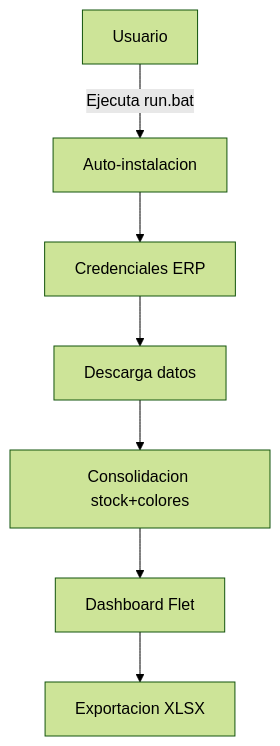
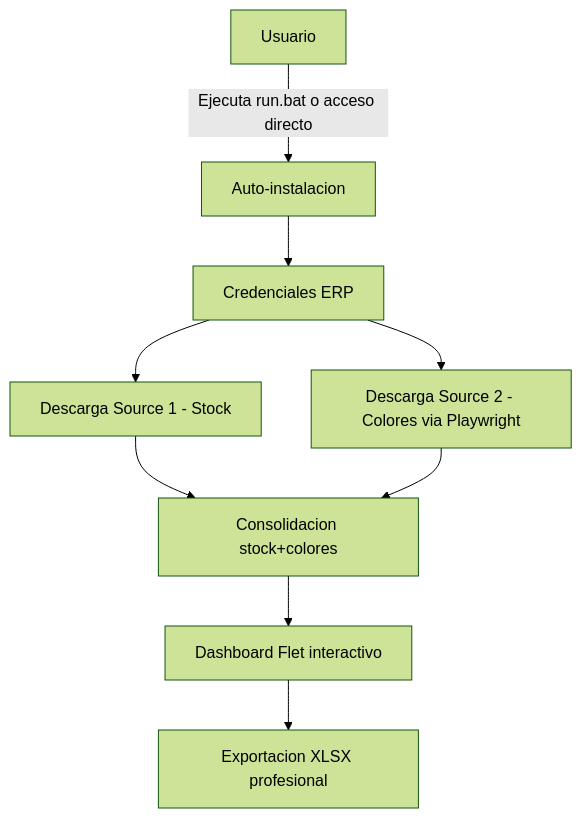
One commit to carloscus/g360-stock-color-consolidator changed the diagram in README.md. Above: the diagram before and after it, drawn with Mermaid (forest theme). The commit also changed other lines of this file and 20 other files, not shown here.

````diff
--- a/README.md
+++ b/README.md
@@ -9,9 +10,10 @@
 ```mermaid
 flowchart TD
-    A[Usuario] -->|Ejecuta run.bat| B[Auto-instalacion]
+    A[Usuario] -->|Ejecuta run.bat o acceso directo| B[Auto-instalacion]
     B --> C[Credenciales ERP]
-    C --> D[Descarga datos]
-    D --> E[Consolidacion stock+colores]
-    E --> F[Dashboard Flet]
-    F --> G[Exportacion XLSX]
+    C --> D[Descarga Source 1 - Stock]
+    C --> E[Descarga Source 2 - Colores via Playwright]
+    D & E --> F[Consolidacion stock+colores]
+    F --> G[Dashboard Flet interactivo]
+    G --> H[Exportacion XLSX profesional]
 ```
````
